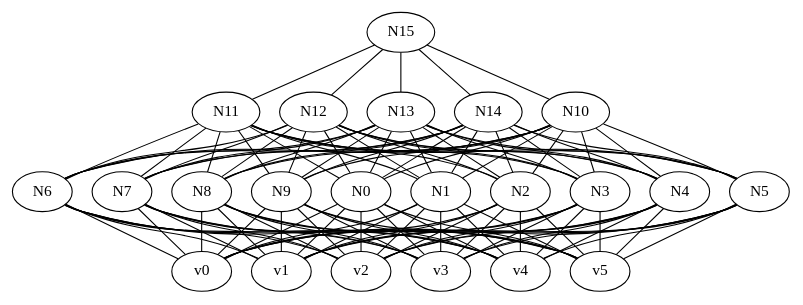
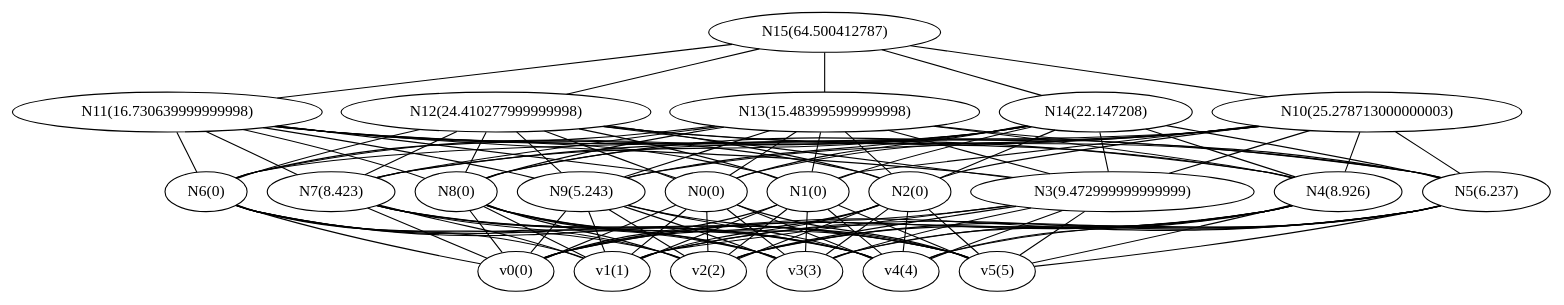
Before and after one commit to Jonathan-Rasch/tinyTensor: the diagram in network.gv, drawn with Graphviz. The commit also changed 6 other files, not shown here.

Commit message:
fixed bug where individual nodes in the graph would get computed several times for the same step. This caused problems with dropout nodes as each time the compute happened there was a chance that the neuron output would be 0

```diff
--- a/network.gv
+++ b/network.gv
@@ -1,140 +1,140 @@
 graph "" 
 {
-v0 [label="v0"] ;
-v1 [label="v1"] ;
-v2 [label="v2"] ;
-v3 [label="v3"] ;
-v4 [label="v4"] ;
-v5 [label="v5"] ;
-N0 [label="N0"] ;
-N1 [label="N1"] ;
-N2 [label="N2"] ;
-N3 [label="N3"] ;
-N4 [label="N4"] ;
-N5 [label="N5"] ;
-N6 [label="N6"] ;
-N7 [label="N7"] ;
-N8 [label="N8"] ;
-N9 [label="N9"] ;
-N10 [label="N10"] ;
-N11 [label="N11"] ;
-N12 [label="N12"] ;
-N13 [label="N13"] ;
-N14 [label="N14"] ;
-N15 [label="N15"] ;
+v0 [label="v0(0)"] ;
+v1 [label="v1(1)"] ;
+v2 [label="v2(2)"] ;
+v3 [label="v3(3)"] ;
+v4 [label="v4(4)"] ;
+v5 [label="v5(5)"] ;
+N0 [label="N0(0)"] ;
+N1 [label="N1(0)"] ;
+N2 [label="N2(0)"] ;
+N3 [label="N3(9.472999999999999)"] ;
+N4 [label="N4(8.926)"] ;
+N5 [label="N5(6.237)"] ;
+N6 [label="N6(0)"] ;
+N7 [label="N7(8.423)"] ;
+N8 [label="N8(0)"] ;
+N9 [label="N9(5.243)"] ;
+N10 [label="N10(25.278713000000003)"] ;
+N11 [label="N11(16.730639999999998)"] ;
+N12 [label="N12(24.410277999999998)"] ;
+N13 [label="N13(15.483995999999998)"] ;
+N14 [label="N14(22.147208)"] ;
+N15 [label="N15(64.500412787)"] ;
 N0 -- v0; 
 N0 -- v1; 
 N0 -- v2; 
 N0 -- v3; 
 N0 -- v4; 
 N0 -- v5; 
 N1 -- v0; 
 N1 -- v1; 
 N1 -- v2; 
 N1 -- v3; 
 N1 -- v4; 
 N1 -- v5; 
 N2 -- v0; 
 N2 -- v1; 
 N2 -- v2; 
 N2 -- v3; 
 N2 -- v4; 
 N2 -- v5; 
 N3 -- v0; 
 N3 -- v1; 
 N3 -- v2; 
 N3 -- v3; 
 N3 -- v4; 
 N3 -- v5; 
 N4 -- v0; 
 N4 -- v1; 
 N4 -- v2; 
 N4 -- v3; 
 N4 -- v4; 
 N4 -- v5; 
 N5 -- v0; 
 N5 -- v1; 
 N5 -- v2; 
 N5 -- v3; 
 N5 -- v4; 
 N5 -- v5; 
 N6 -- v0; 
 N6 -- v1; 
 N6 -- v2; 
 N6 -- v3; 
 N6 -- v4; 
 N6 -- v5; 
 N7 -- v0; 
 N7 -- v1; 
 N7 -- v2; 
 N7 -- v3; 
 N7 -- v4; 
 N7 -- v5; 
 N8 -- v0; 
 N8 -- v1; 
 N8 -- v2; 
 N8 -- v3; 
 N8 -- v4; 
 N8 -- v5; 
 N9 -- v0; 
 N9 -- v1; 
 N9 -- v2; 
 N9 -- v3; 
 N9 -- v4; 
 N9 -- v5; 
 N10 -- N0; 
 N10 -- N1; 
 N10 -- N2; 
 N10 -- N3; 
 N10 -- N4; 
 N10 -- N5; 
 N10 -- N6; 
 N10 -- N7; 
 N10 -- N8; 
 N10 -- N9; 
 N11 -- N0; 
 N11 -- N1; 
 N11 -- N2; 
 N11 -- N3; 
 N11 -- N4; 
 N11 -- N5; 
 N11 -- N6; 
 N11 -- N7; 
 N11 -- N8; 
 N11 -- N9; 
 N12 -- N0; 
 N12 -- N1; 
 N12 -- N2; 
 N12 -- N3; 
 N12 -- N4; 
 N12 -- N5; 
 N12 -- N6; 
 N12 -- N7; 
 N12 -- N8; 
 N12 -- N9; 
 N13 -- N0; 
 N13 -- N1; 
 N13 -- N2; 
 N13 -- N3; 
 N13 -- N4; 
 N13 -- N5; 
 N13 -- N6; 
 N13 -- N7; 
 N13 -- N8; 
 N13 -- N9; 
 N14 -- N0; 
 N14 -- N1; 
 N14 -- N2; 
 N14 -- N3; 
 N14 -- N4; 
 N14 -- N5; 
 N14 -- N6; 
 N14 -- N7; 
 N14 -- N8; 
 N14 -- N9; 
 N15 -- N10; 
 N15 -- N11; 
 N15 -- N12; 
 N15 -- N13; 
 N15 -- N14; 
 }
```
